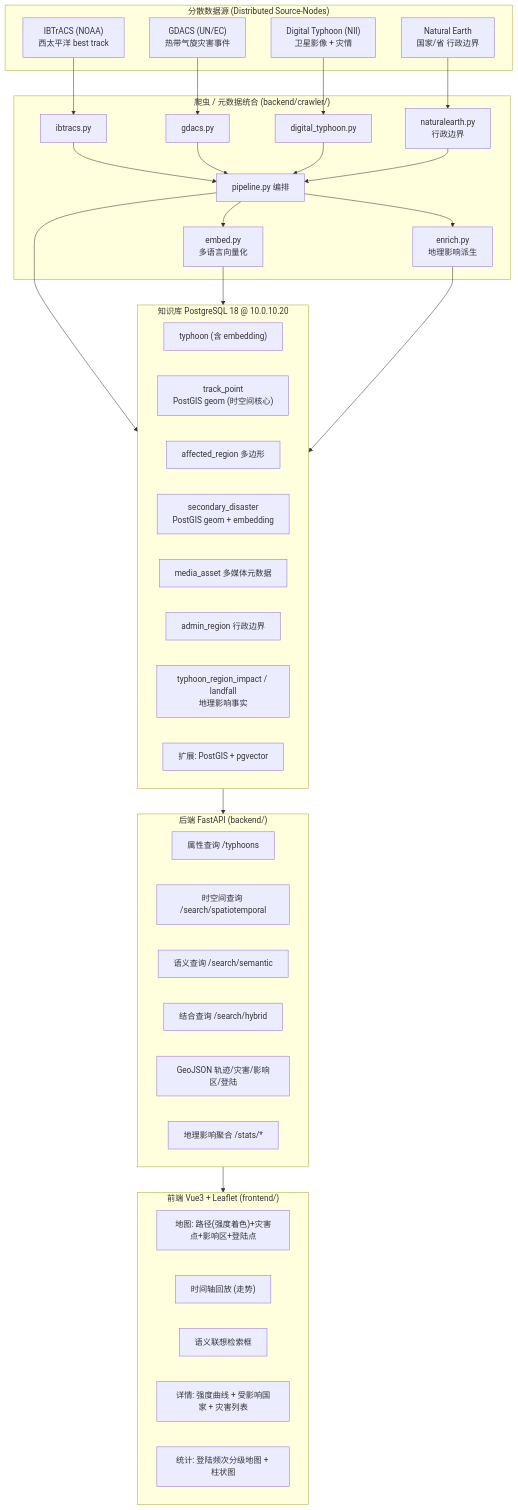
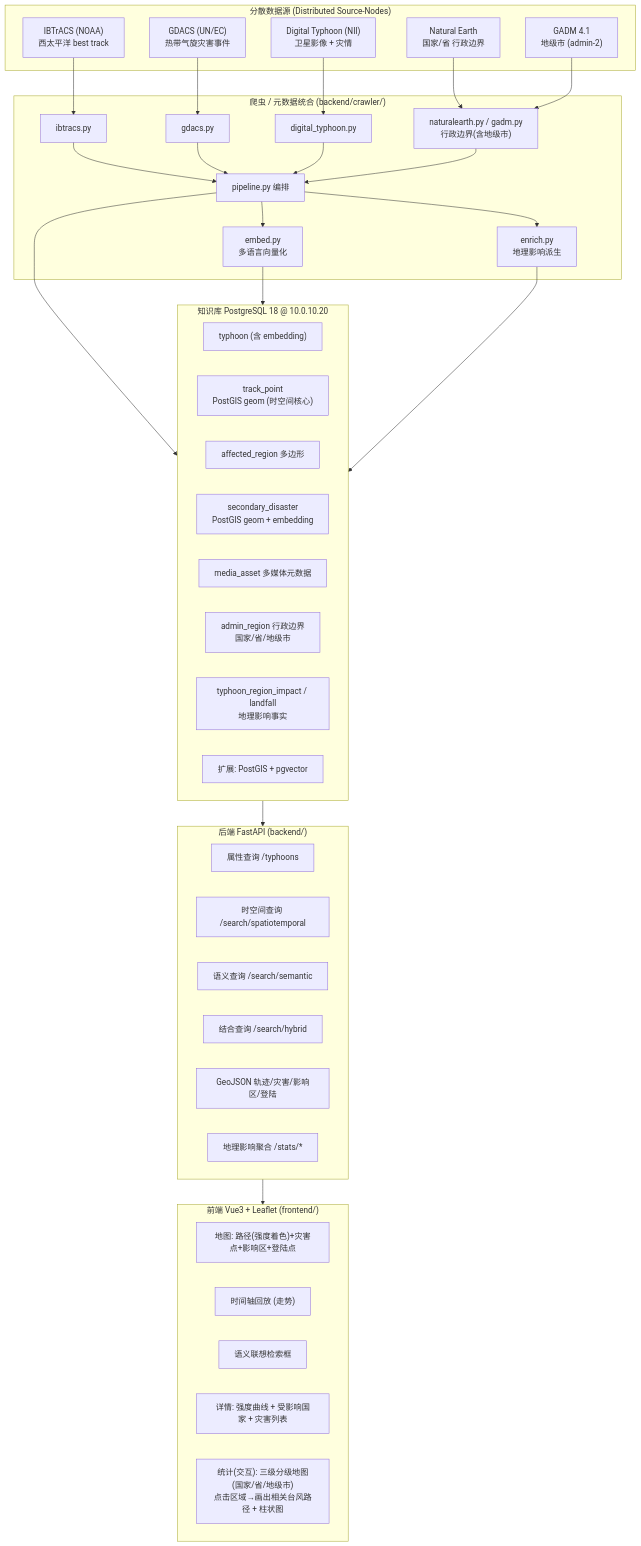
The first of 2 diagrams in docs/ARCHITECTURE.md (henntaidesu/Typhoon-MMKB-2026), drawn with Mermaid before and after one commit. The commit also changed 5 other files, not shown here.

````diff
--- a/docs/ARCHITECTURE.md
+++ b/docs/ARCHITECTURE.md
@@ -5,59 +5,61 @@
 ```mermaid
 flowchart TB
   subgraph SRC["分散数据源 (Distributed Source-Nodes)"]
     A1["IBTrACS (NOAA)<br/>西太平洋 best track"]
     A2["GDACS (UN/EC)<br/>热带气旋灾害事件"]
     A3["Digital Typhoon (NII)<br/>卫星影像 + 灾情"]
     A4["Natural Earth<br/>国家/省 行政边界"]
+    A5["GADM 4.1<br/>地级市 (admin-2)"]
   end
 
   subgraph CRW["爬虫 / 元数据统合 (backend/crawler/)"]
     B1["ibtracs.py"]
     B2["gdacs.py"]
     B3["digital_typhoon.py"]
     B4["embed.py<br/>多语言向量化"]
-    B6["naturalearth.py<br/>行政边界"]
+    B6["naturalearth.py / gadm.py<br/>行政边界(含地级市)"]
     B7["enrich.py<br/>地理影响派生"]
     B5["pipeline.py 编排"]
   end
 
   subgraph DB["知识库 PostgreSQL 18 @ 10.0.10.20"]
     D1["typhoon (含 embedding)"]
     D2["track_point<br/>PostGIS geom (时空间核心)"]
     D3["affected_region 多边形"]
     D4["secondary_disaster<br/>PostGIS geom + embedding"]
     D5["media_asset 多媒体元数据"]
-    D6["admin_region 行政边界"]
+    D6["admin_region 行政边界<br/>国家/省/地级市"]
     D7["typhoon_region_impact / landfall<br/>地理影响事实"]
     DE["扩展: PostGIS + pgvector"]
   end
 
   subgraph API["后端 FastAPI (backend/)"]
     E1["属性查询 /typhoons"]
     E2["时空间查询 /search/spatiotemporal"]
     E3["语义查询 /search/semantic"]
     E4["结合查询 /search/hybrid"]
     E5["GeoJSON 轨迹/灾害/影响区/登陆"]
     E6["地理影响聚合 /stats/*"]
   end
 
   subgraph UI["前端 Vue3 + Leaflet (frontend/)"]
     F1["地图: 路径(强度着色)+灾害点+影响区+登陆点"]
     F2["时间轴回放 (走势)"]
     F3["语义联想检索框"]
     F4["详情: 强度曲线 + 受影响国家 + 灾害列表"]
-    F5["统计: 登陆频次分级地图 + 柱状图"]
+    F5["统计(交互): 三级分级地图(国家/省/地级市)<br/>点击区域→画出相关台风路径 + 柱状图"]
   end
 
   A1-->B1-->B5
   A2-->B2-->B5
   A3-->B3-->B5
   A4-->B6-->B5
+  A5-->B6
   B5-->B4
   B5-->B7
   B5-->DB
   B4-->DB
   B7-->DB
   DB-->API
   API-->UI
 ```
````
